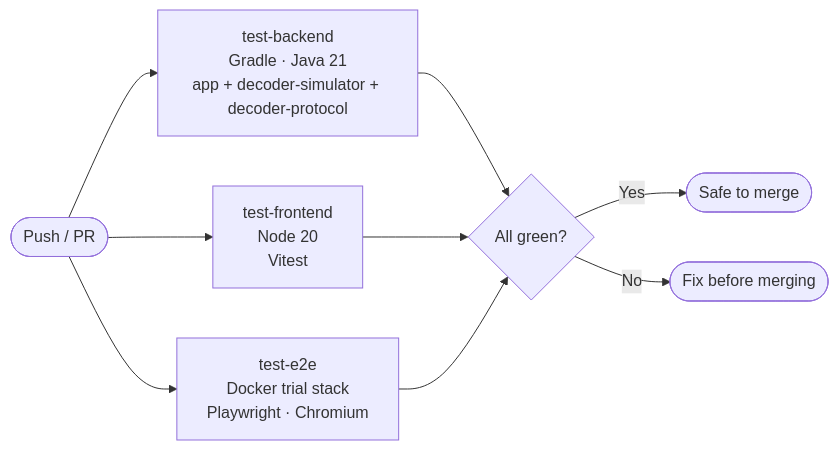
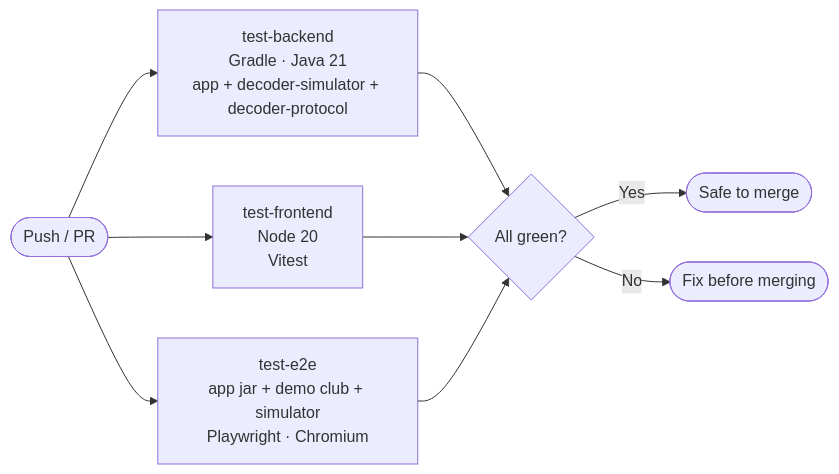
The second of 2 diagrams in CONTRIBUTING.md (oggthemiffed/RCTimingControl), drawn with Mermaid before and after one commit. The commit also changed other lines of this file and 24 other files, not shown here.

````diff
--- a/CONTRIBUTING.md
+++ b/CONTRIBUTING.md
@@ -89,13 +65,13 @@
 ```mermaid
 flowchart LR
     Push([Push / PR]) --> B[test-backend\nGradle · Java 21\napp + decoder-simulator + decoder-protocol]
     Push --> C[test-frontend\nNode 20\nVitest]
-    Push --> D[test-e2e\nDocker trial stack\nPlaywright · Chromium]
+    Push --> D[test-e2e\napp jar + demo club + simulator\nPlaywright · Chromium]
 
     B --> E{All green?}
     C --> E
     D --> E
 
     E -- Yes --> F([Safe to merge])
     E -- No --> G([Fix before merging])
 ```
````
